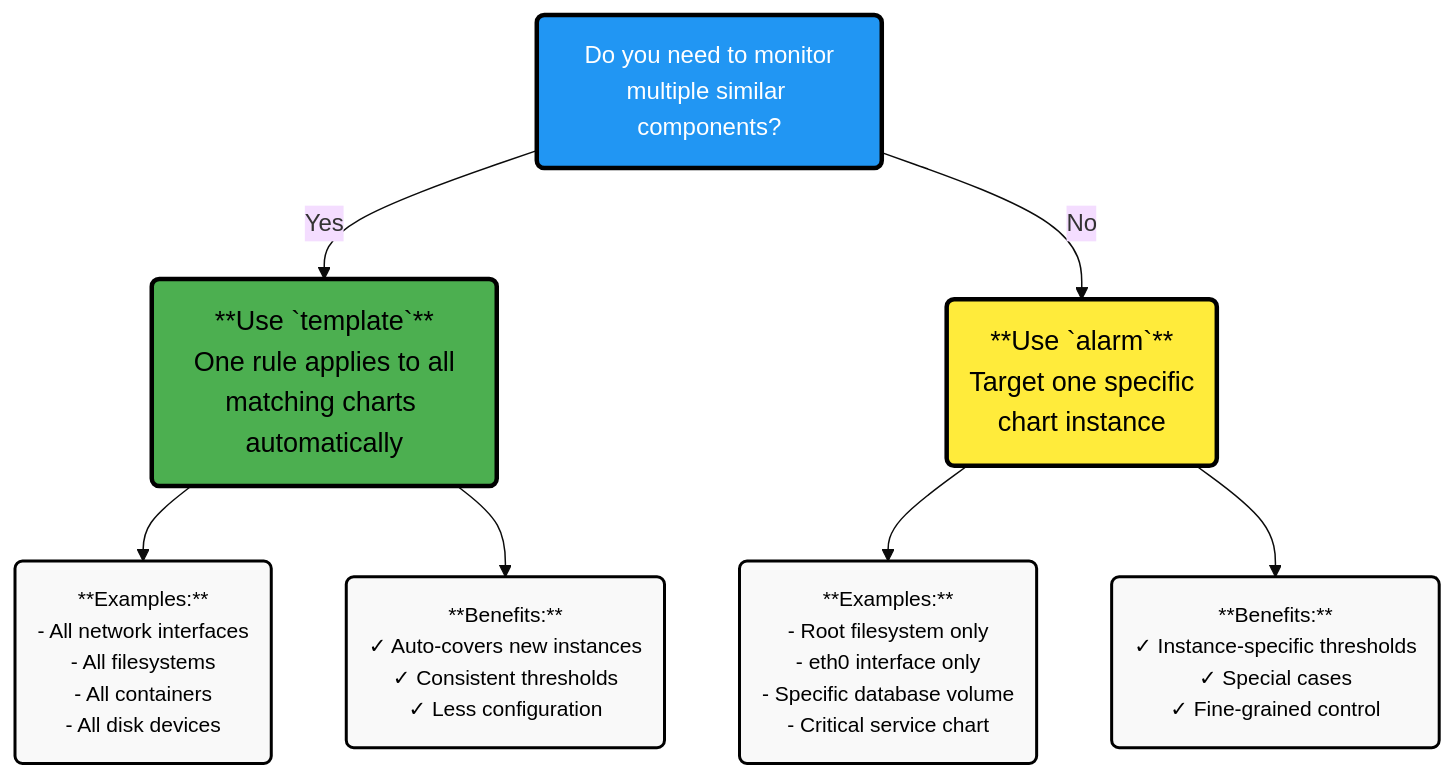
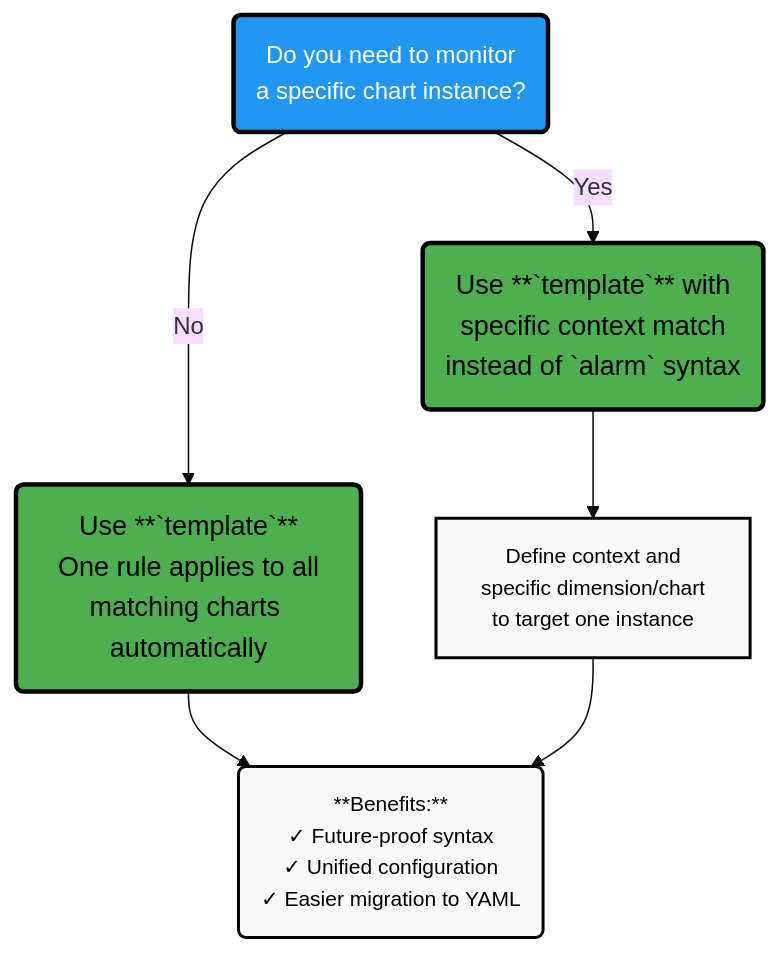
One commit to netdata/netdata changed the diagram in docs/alerts/understanding-alerts/alert-types-alarm-vs-template.md. Above: the diagram before and after it, drawn with Mermaid (base theme). The commit also changed other lines of this file, not shown here.

First line of the commit message:
Fixing alert-types-alarm-vs-template.md

````diff
--- a/docs/alerts/understanding-alerts/alert-types-alarm-vs-template.md
+++ b/docs/alerts/understanding-alerts/alert-types-alarm-vs-template.md
@@ -52,24 +48,19 @@
 ```mermaid
 flowchart TD
-    Start("Do you need to monitor<br/>multiple similar components?")
-    Start -->|Yes| Multiple("**Use `template`**<br/>One rule applies to all<br/>matching charts automatically")
-    Start -->|No| Single("**Use `alarm`**<br/>Target one specific<br/>chart instance")
-    Multiple --> Examples1("**Examples:**<br/>- All network interfaces<br/>- All filesystems<br/>- All containers<br/>- All disk devices")
-    Single --> Examples2("**Examples:**<br/>- Root filesystem only<br/>- eth0 interface only<br/>- Specific database volume<br/>- Critical service chart")
-    Multiple --> Benefits1("**Benefits:**<br/>✓ Auto-covers new instances<br/>✓ Consistent thresholds<br/>✓ Less configuration")
-    Single --> Benefits2("**Benefits:**<br/>✓ Instance-specific thresholds<br/>✓ Special cases<br/>✓ Fine-grained control")
-%% Style definitions
+    Start("Do you need to monitor<br/>a specific chart instance?")
+    Start -->|No| Template("Use **`template`**<br/>One rule applies to all<br/>matching charts automatically")
+    Start -->|Yes| TemplateScoped("Use **`template`** with<br/>specific context match<br/>instead of `alarm` syntax")
+    TemplateScoped --> Explain["Define context and<br/>specific dimension/chart<br/>to target one instance"]
+    Template --> Benefits("**Benefits:**<br/>✓ Future-proof syntax<br/>✓ Unified configuration<br/>✓ Easier migration to YAML")
+    Explain --> Benefits
+    
     classDef decision fill: #2196F3, stroke: #000000, stroke-width: 3px, color: #ffffff, font-size: 16px
     classDef template fill: #4caf50, stroke: #000000, stroke-width: 3px, color: #000000, font-size: 18px
-    classDef alarm fill: #ffeb3b, stroke: #000000, stroke-width: 3px, color: #000000, font-size: 18px
-    classDef examples fill: #f9f9f9, stroke: #000000, stroke-width: 2px, color: #000000, font-size: 14px
+    classDef explain fill: #f9f9f9, stroke: #000000, stroke-width: 2px, color: #000000, font-size: 14px
     classDef benefits fill: #f9f9f9, stroke: #000000, stroke-width: 2px, color: #000000, font-size: 14px
-%% Apply styles
+    
     class Start decision
-    class Multiple template
-    class Single alarm
-    class Examples1 examples
-    class Examples2 examples
-    class Benefits1 benefits
-    class Benefits2 benefits
+    class Template,TemplateScoped template
+    class Explain explain
+    class Benefits benefits
 ```
````
